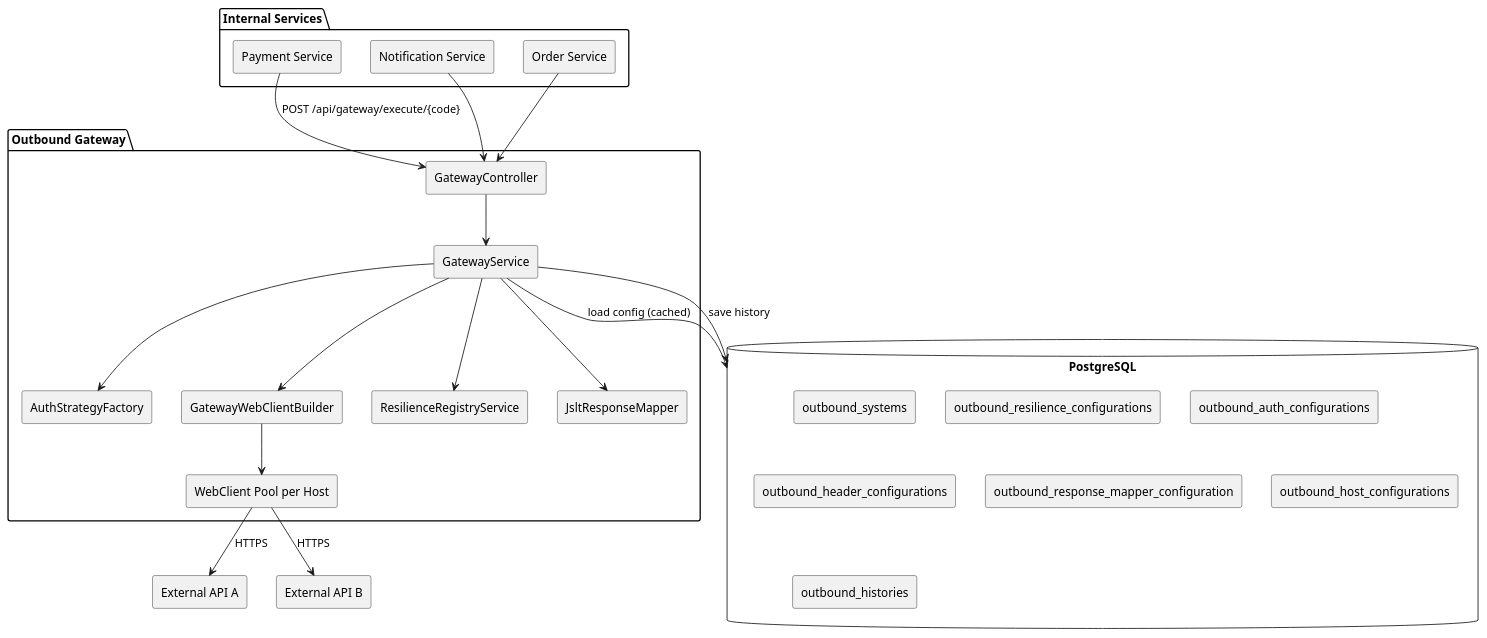
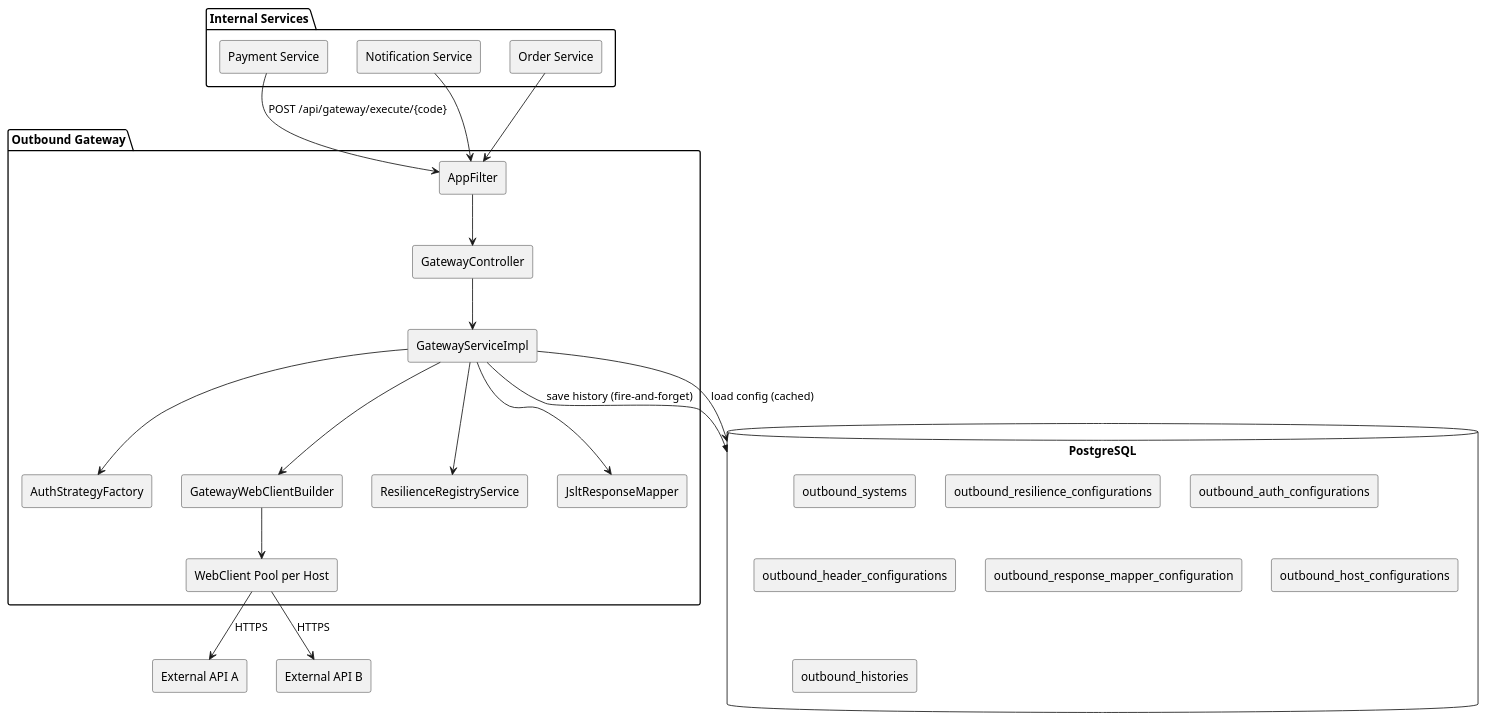
The first of 4 diagrams in README.md (nantaaditya/outbound-gateway), drawn with PlantUML before and after one commit. The commit also changed other lines of this file and 11 other files, not shown here.

````diff
--- a/README.md
+++ b/README.md
@@ -27,40 +47,41 @@
 ```plantuml
 @startuml
 skinparam componentStyle rectangle
 
 package "Internal Services" {
   [Payment Service]
   [Notification Service]
   [Order Service]
 }
 
 package "Outbound Gateway" {
-  [GatewayController] --> [GatewayService]
-  [GatewayService] --> [AuthStrategyFactory]
-  [GatewayService] --> [GatewayWebClientBuilder]
-  [GatewayService] --> [ResilienceRegistryService]
-  [GatewayService] --> [JsltResponseMapper]
+  [AppFilter] --> [GatewayController]
+  [GatewayController] --> [GatewayServiceImpl]
+  [GatewayServiceImpl] --> [AuthStrategyFactory]
+  [GatewayServiceImpl] --> [GatewayWebClientBuilder]
+  [GatewayServiceImpl] --> [ResilienceRegistryService]
+  [GatewayServiceImpl] --> [JsltResponseMapper]
   [GatewayWebClientBuilder] --> [WebClient Pool per Host]
 }
 
 database "PostgreSQL" {
   [outbound_systems]
   [outbound_resilience_configurations]
   [outbound_auth_configurations]
   [outbound_header_configurations]
   [outbound_response_mapper_configuration]
   [outbound_host_configurations]
   [outbound_histories]
 }
 
-[Payment Service] --> [GatewayController] : POST /api/gateway/execute/{code}
-[Notification Service] --> [GatewayController]
-[Order Service] --> [GatewayController]
+[Payment Service] --> [AppFilter] : POST /api/gateway/execute/{code}
+[Notification Service] --> [AppFilter]
+[Order Service] --> [AppFilter]
 
-[GatewayService] --> [PostgreSQL] : load config (cached)
-[GatewayService] --> [PostgreSQL] : save history
+[GatewayServiceImpl] --> [PostgreSQL] : load config (cached)
+[GatewayServiceImpl] ->> [PostgreSQL] : save history (fire-and-forget)
 
 [WebClient Pool per Host] --> [External API A] : HTTPS
 [WebClient Pool per Host] --> [External API B] : HTTPS
 @enduml
 ```
````
